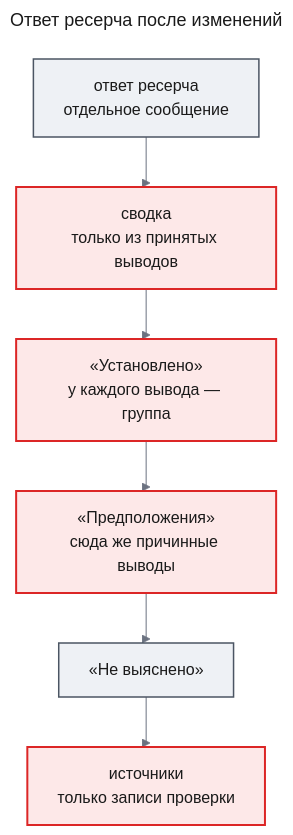
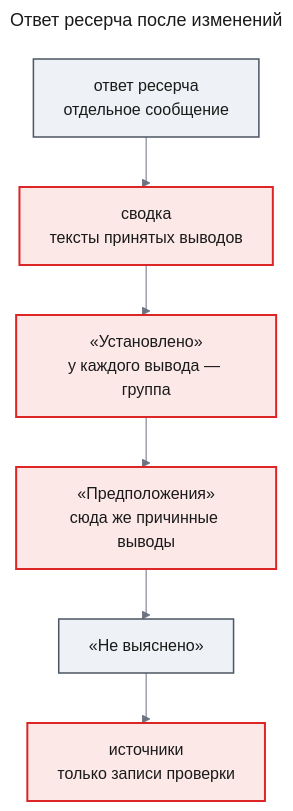
The ninth of 10 diagrams in docs/features/agent-quality/prd.md (tundraray/agent-os), drawn with Mermaid before and after one commit. The commit also changed other lines of this file, not shown here.

````diff
--- a/docs/features/agent-quality/prd.md
+++ b/docs/features/agent-quality/prd.md
@@ -487,27 +487,27 @@
 ```mermaid
 ---
 title: "Ответ ресерча после изменений"
 config:
   theme: base
   look: classic
   themeVariables:
     primaryColor: "#eef1f5"
     primaryBorderColor: "#4b5563"
     primaryTextColor: "#1a1a1a"
     lineColor: "#6b7280"
   flowchart:
     curve: step
 ---
 flowchart TB
     ans["ответ ресерча<br/>отдельное сообщение"]
-    sum["сводка<br/>только из принятых выводов"]
+    sum["сводка<br/>тексты принятых выводов"]
     est["«Установлено»<br/>у каждого вывода — группа"]
     hyp["«Предположения»<br/>сюда же причинные выводы"]
     unk["«Не выяснено»"]
     src["источники<br/>только записи проверки"]
     ans --> sum --> est --> hyp --> unk --> src
     classDef changed fill:#fde8e8,stroke:#dc2626,stroke-width:2px,color:#1a1a1a
     classDef unchanged fill:#eef1f5,stroke:#4b5563,stroke-width:1.5px,color:#1a1a1a
     class sum,est,hyp,src changed
     class ans,unk unchanged
 ```
````
